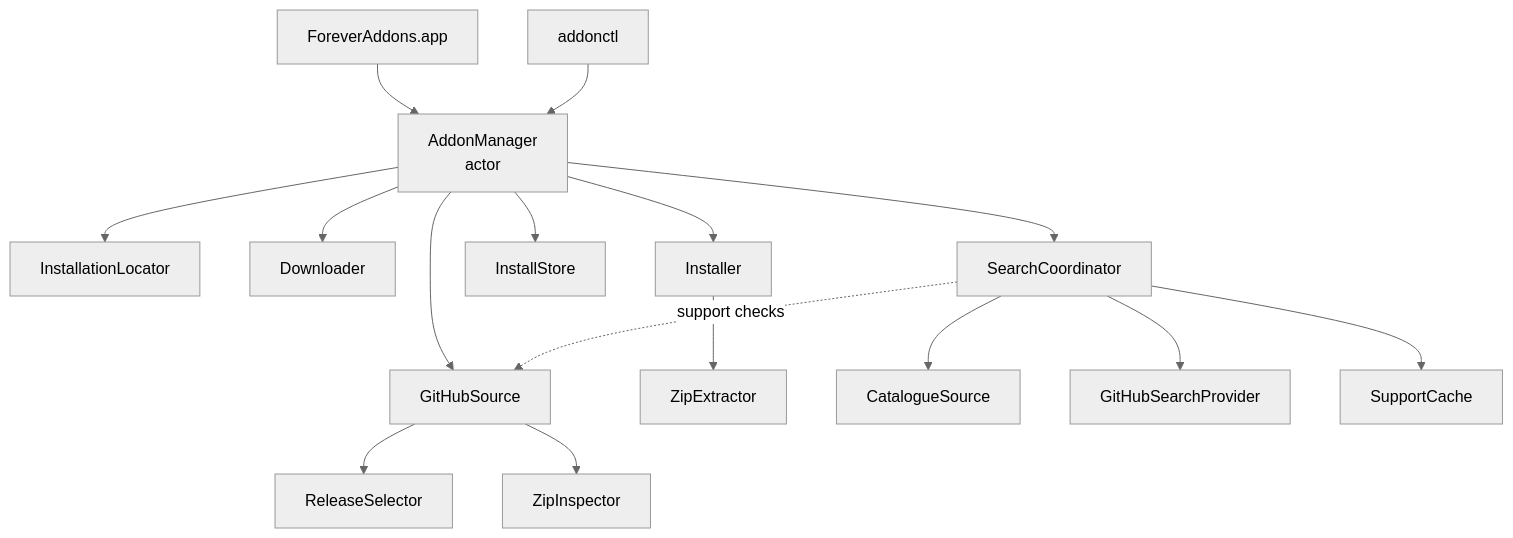
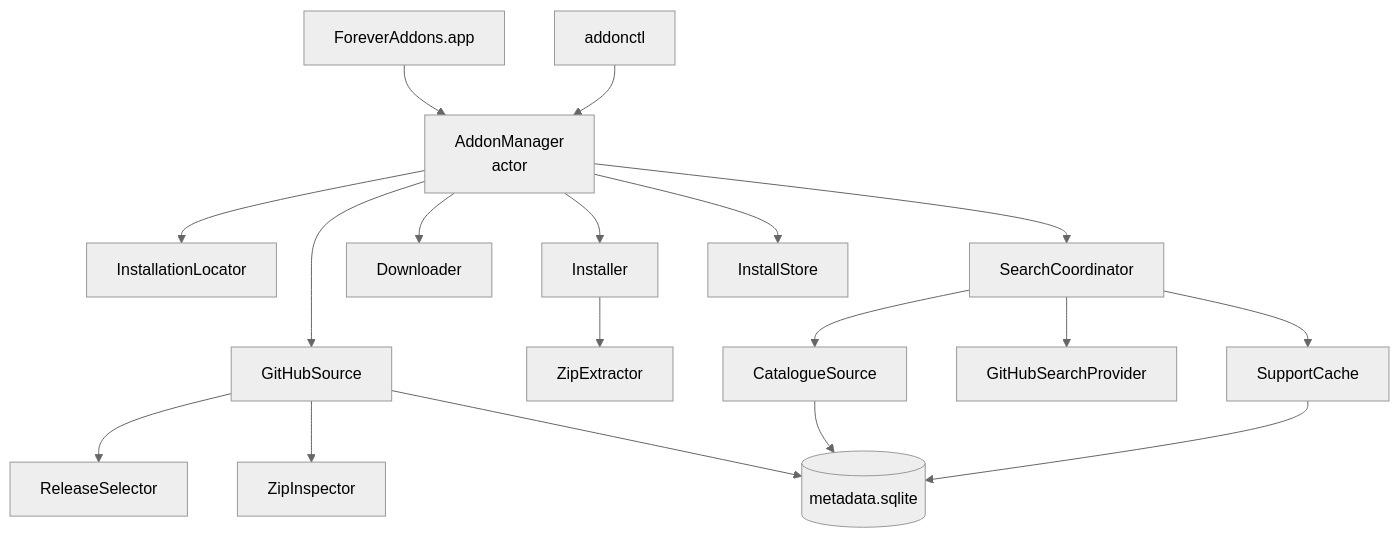
One commit to miotke/reload changed the diagram in docs/core.md. Above: the diagram before and after it, drawn with Mermaid (neutral theme). The commit also changed other lines of this file and 20 other files, not shown here.

First line of the commit message:
move catalogue and support state into sqlite; make search local

````diff
--- a/docs/core.md
+++ b/docs/core.md
@@ -5,19 +5,21 @@
 ```mermaid
 flowchart TB
     App[ForeverAddons.app] --> AM
     CLI[addonctl] --> AM
     AM[AddonManager<br/>actor]
     AM --> Loc[InstallationLocator]
     AM --> GH[GitHubSource]
     AM --> DL[Downloader]
     AM --> Inst[Installer]
     AM --> Store[InstallStore]
     AM --> Search[SearchCoordinator]
     GH --> Sel[ReleaseSelector]
     GH --> Zip[ZipInspector]
     Inst --> Ext[ZipExtractor]
     Search --> Cat[CatalogueSource]
     Search --> GHS[GitHubSearchProvider]
     Search --> SC[SupportCache]
-    Search -. support checks .-> GH
+    Cat --> DB[(metadata.sqlite)]
+    SC --> DB
+    GH --> DB
 ```
````
